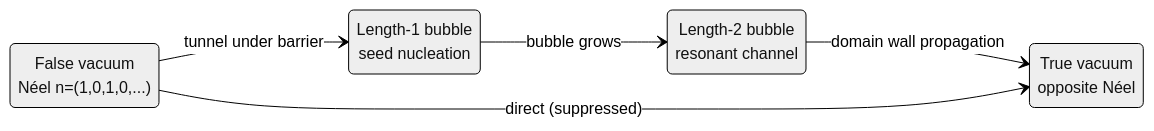
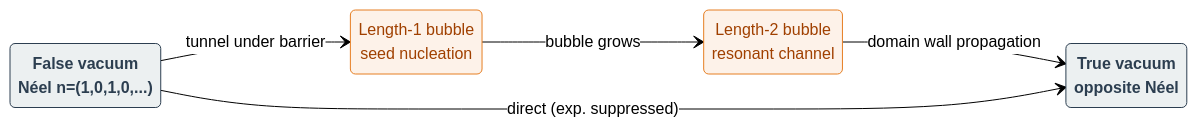
Before and after one commit to sonoransun/rydbergtrampoline: the first of 2 diagrams in README.md, drawn with Mermaid (neutral theme). The commit also changed other lines of this file and 30 other files, not shown here.

````diff
--- a/README.md
+++ b/README.md
@@ -117,12 +117,21 @@
 ```mermaid
 stateDiagram-v2
     direction LR
+    classDef vacuum fill:#ecf0f1,stroke:#2c3e50,color:#2c3e50,font-weight:bold;
+    classDef bubble fill:#fdf2e9,stroke:#e67e22,color:#a04000;
+
     FV: False vacuum<br/>Néel n=(1,0,1,0,...)
     B1: Length-1 bubble<br/>seed nucleation
     B2: Length-2 bubble<br/>resonant channel
     TV: True vacuum<br/>opposite Néel
+
     FV --> B1: tunnel under barrier
     B1 --> B2: bubble grows
     B2 --> TV: domain wall propagation
-    FV --> TV: direct (suppressed)
+    FV --> TV: direct (exp. suppressed)
+
+    class FV vacuum
+    class TV vacuum
+    class B1 bubble
+    class B2 bubble
 ```
````
